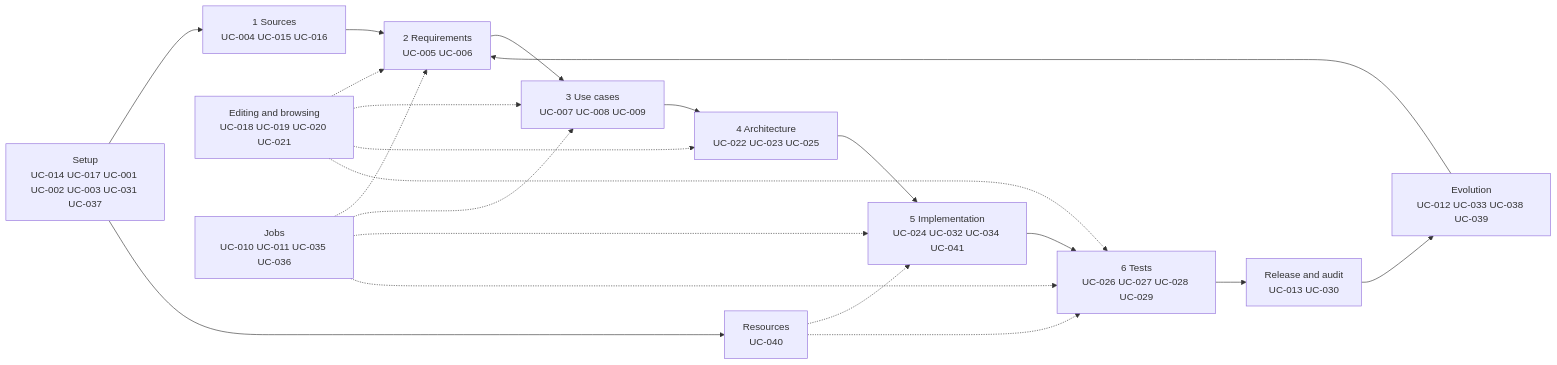
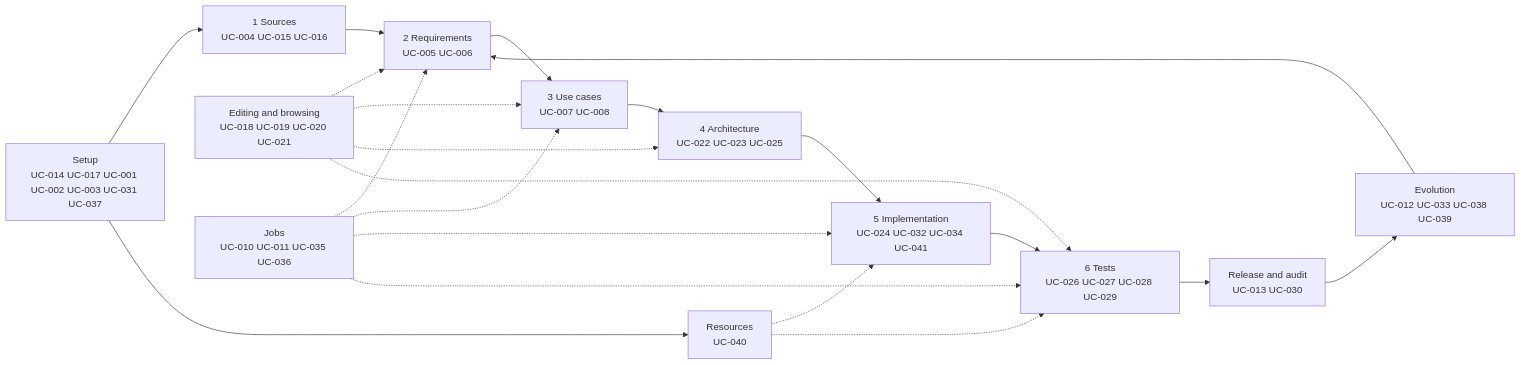
One commit to akmaier/agent-m changed the diagram in docs/use-cases/README.md. Above: the diagram before and after it, drawn with Mermaid. The commit also changed other lines of this file and 19 other files, not shown here.

````diff
--- a/docs/use-cases/README.md
+++ b/docs/use-cases/README.md
@@ -111,16 +113,16 @@
 ```mermaid
 flowchart LR
     S[Setup<br/>UC-014 UC-017 UC-001 UC-002 UC-003 UC-031 UC-037] --> Q[1 Sources<br/>UC-004 UC-015 UC-016]
     S --> RES[Resources<br/>UC-040]
     Q --> R[2 Requirements<br/>UC-005 UC-006]
-    R --> U[3 Use cases<br/>UC-007 UC-008 UC-009]
+    R --> U[3 Use cases<br/>UC-007 UC-008]
     U --> A[4 Architecture<br/>UC-022 UC-023 UC-025]
     A --> I[5 Implementation<br/>UC-024 UC-032 UC-034 UC-041]
     I --> T[6 Tests<br/>UC-026 UC-027 UC-028 UC-029]
     T --> REL[Release and audit<br/>UC-013 UC-030]
     REL --> E[Evolution<br/>UC-012 UC-033 UC-038 UC-039]
     E --> R
     ED[Editing and browsing<br/>UC-018 UC-019 UC-020 UC-021] -.-> R & U & A & T
     J[Jobs<br/>UC-010 UC-011 UC-035 UC-036] -.-> R & U & I & T
     RES -.-> I & T
 ```
````
